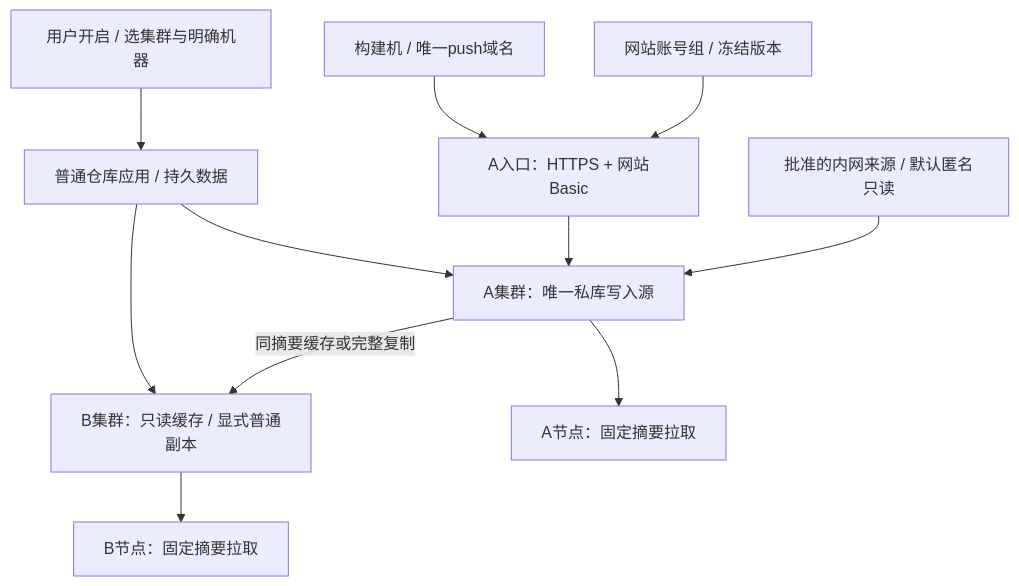
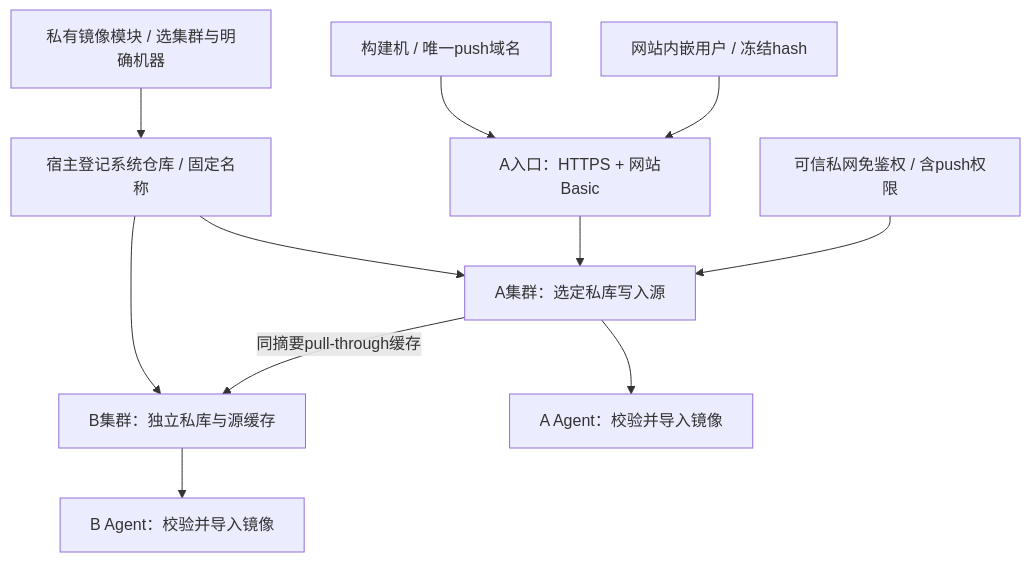
Before and after one commit to workhold/lightmoni: diagram 27 of 27 in docs/system-design.md, drawn with Mermaid. The commit also changed other lines of this file and 49 other files, not shown here.

````diff
--- a/docs/system-design.md
+++ b/docs/system-design.md
@@ -1552,13 +1556,13 @@
 ```mermaid
 flowchart TB
-  enable["用户开启 / 选集群与明确机器"] --> regapp["普通仓库应用 / 持久数据"]
-  regapp --> origin["A集群：唯一私库写入源"]
-  regapp --> reader["B集群：只读缓存 / 显式普通副本"]
+  enable["私有镜像模块 / 选集群与明确机器"] --> regapp["宿主登记系统仓库 / 固定名称"]
+  regapp --> origin["A集群：选定私库写入源"]
+  regapp --> reader["B集群：独立私库与源缓存"]
   ci["构建机 / 唯一push域名"] --> public["A入口：HTTPS + 网站Basic"]
-  authsets["网站账号组 / 冻结版本"] --> public
+  authsets["网站内嵌用户 / 冻结hash"] --> public
   public --> origin
-  internal["批准的内网来源 / 默认匿名只读"] --> origin
-  origin --> nodea["A节点：固定摘要拉取"]
-  origin -->|同摘要缓存或完整复制| reader
-  reader --> nodeb["B节点：固定摘要拉取"]
+  internal["可信私网免鉴权 / 含push权限"] --> origin
+  origin --> nodea["A Agent：校验并导入镜像"]
+  origin -->|同摘要pull-through缓存| reader
+  reader --> nodeb["B Agent：校验并导入镜像"]
 ```
````
